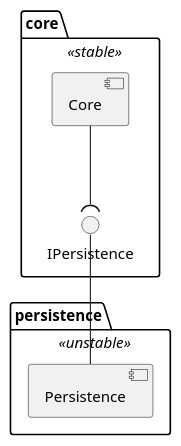
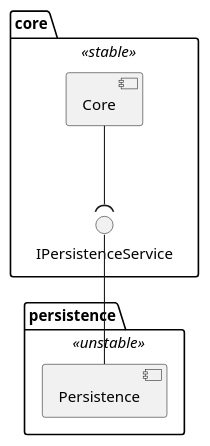
One commit to kit-data-manager/NovaCrate changed the diagram in docs/figures/lib-v2/lib-overview.plantuml. Above: the diagram before and after it, drawn with PlantUML. The commit also changed 9 other files, not shown here.

```diff
--- a/docs/figures/lib-v2/lib-overview.plantuml
+++ b/docs/figures/lib-v2/lib-overview.plantuml
@@ -1,17 +1,17 @@
 @startuml
 
 package persistence <<unstable>> {
     component Persistence
 }
 
 
 package core <<stable>> {
     component Core
-    interface IPersistence
+    interface IPersistenceService
 }
 
 
-Core --( IPersistence
-IPersistence -- Persistence
+Core --( IPersistenceService
+IPersistenceService -- Persistence
 
 @enduml
```
